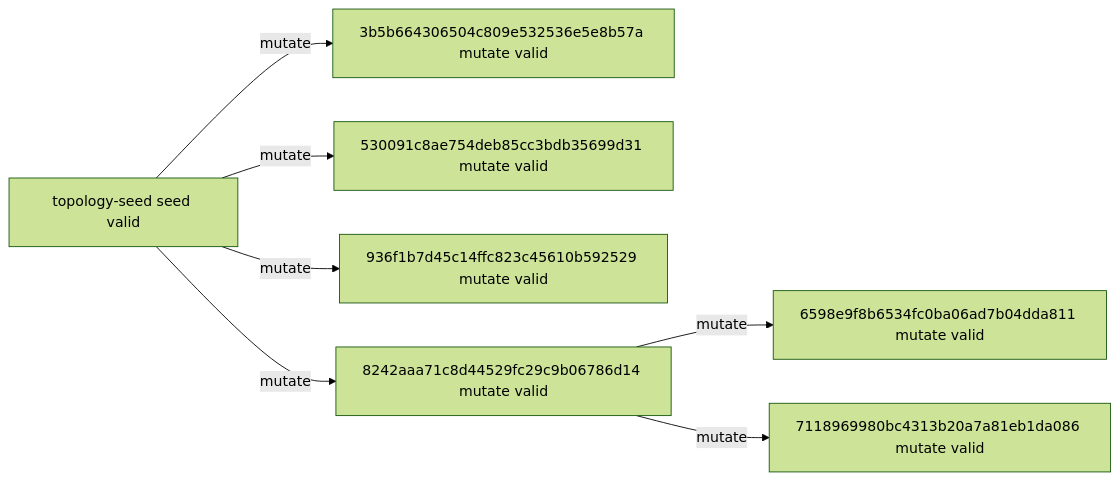
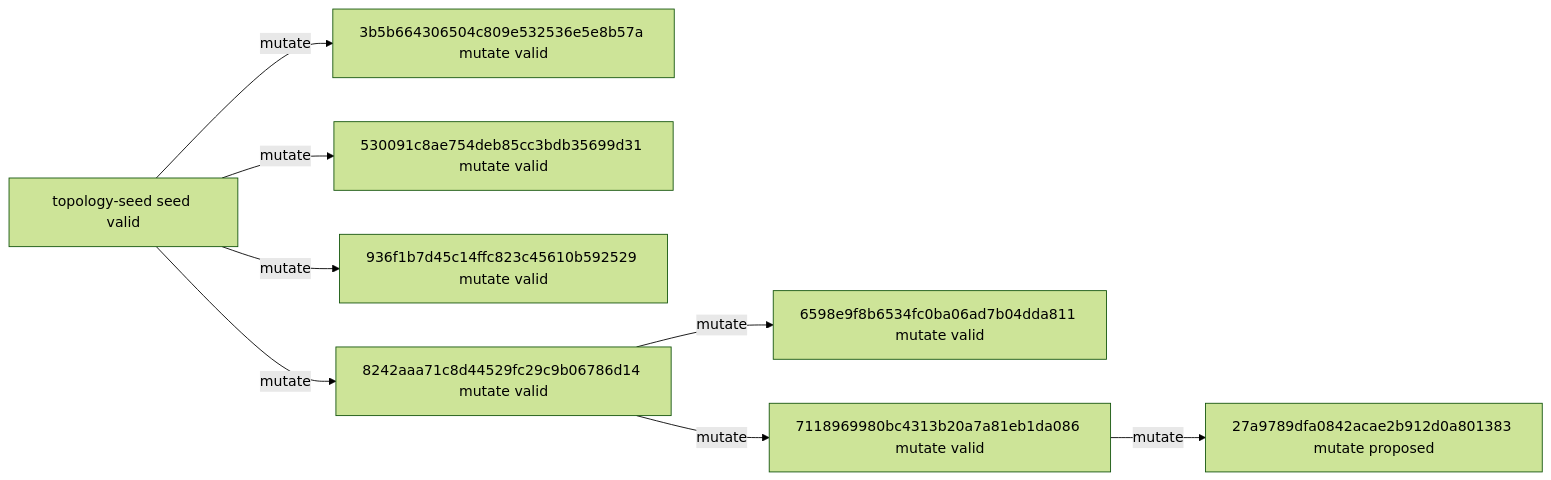
The diagram in experiments/campaigns/layout-numerical-lane1/README.md (timbtz/feyer-search-lab), drawn with Mermaid (forest theme) before and after one commit. The commit also changed other lines of this file and 7 other files, not shown here.

````diff
--- a/experiments/campaigns/layout-numerical-lane1/README.md
+++ b/experiments/campaigns/layout-numerical-lane1/README.md
@@ -21,16 +21,18 @@
 ```mermaid
 graph LR
   n0["topology-seed seed valid"]
   n1["3b5b664306504c809e532536e5e8b57a mutate valid"]
   n2["530091c8ae754deb85cc3bdb35699d31 mutate valid"]
   n3["936f1b7d45c14ffc823c45610b592529 mutate valid"]
   n4["8242aaa71c8d44529fc29c9b06786d14 mutate valid"]
   n5["6598e9f8b6534fc0ba06ad7b04dda811 mutate valid"]
   n6["7118969980bc4313b20a7a81eb1da086 mutate valid"]
+  n7["27a9789dfa0842acae2b912d0a801383 mutate proposed"]
   n0 -->|mutate| n1
   n0 -->|mutate| n2
   n0 -->|mutate| n3
   n0 -->|mutate| n4
   n4 -->|mutate| n5
   n4 -->|mutate| n6
+  n6 -->|mutate| n7
 ```
````
